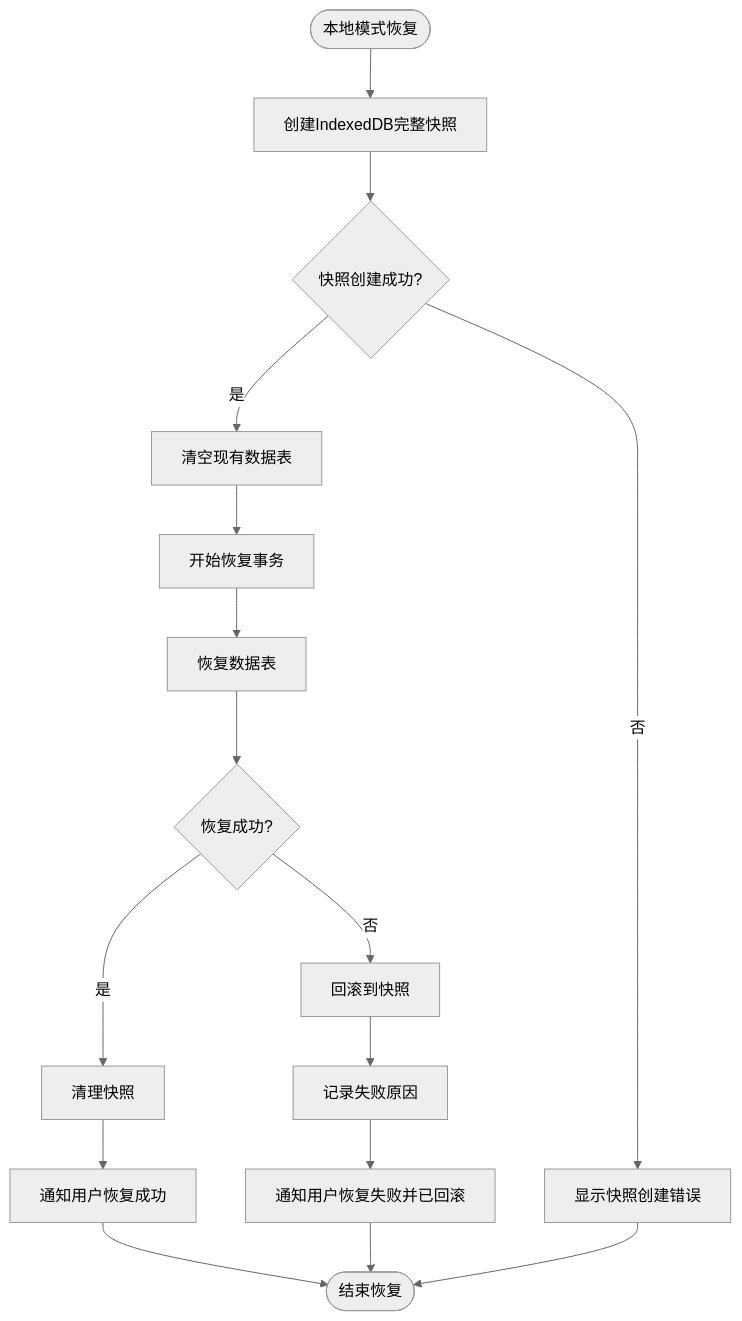
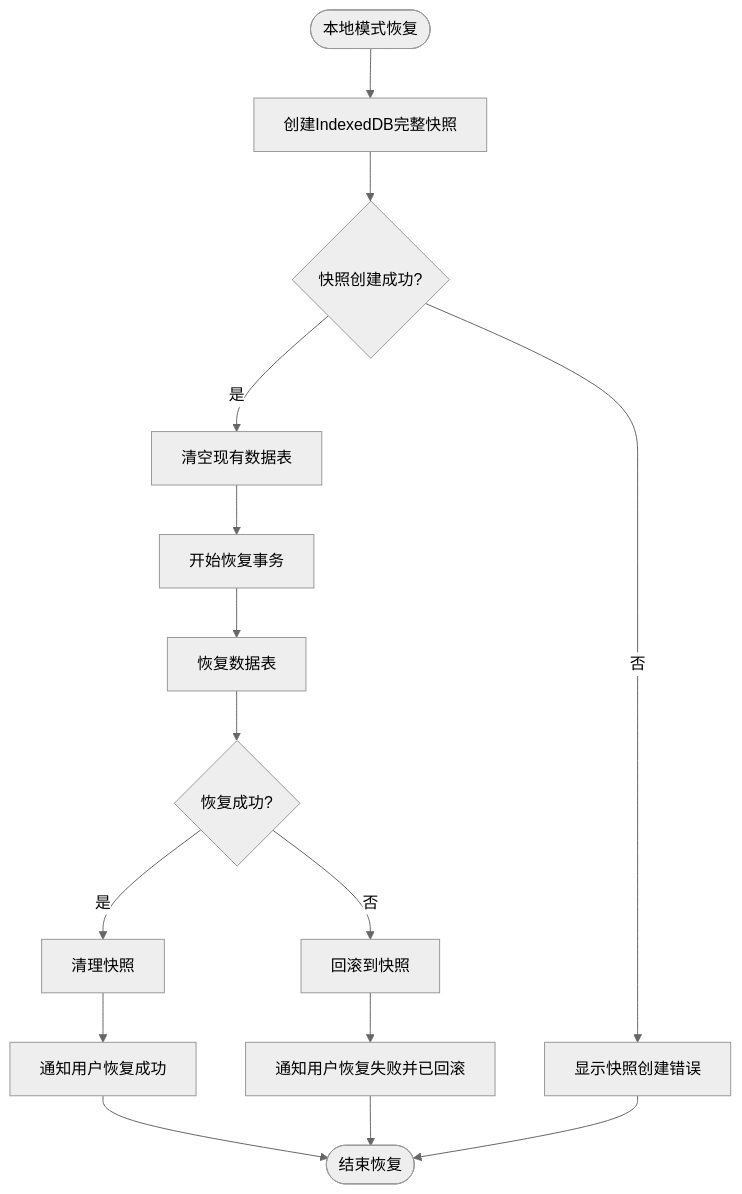
One commit to yingjianzh/iodraw-files changed the diagram in all/未命名-53.md. Above: the diagram before and after it, drawn with Mermaid (neutral theme).

Commit message:
2025-05-09 17:13:43 update

````diff
--- a/all/未命名-53.md
+++ b/all/未命名-53.md
@@ -1,25 +1,24 @@
 ```mermaid
 flowchart TD
     Start([本地模式恢复]) --> CreateSnapshot[创建IndexedDB完整快照]
     CreateSnapshot --> SnapshotCreated{快照创建成功?}
     
     SnapshotCreated -->|否| ShowSnapshotError[显示快照创建错误]
     SnapshotCreated -->|是| ClearExistingData[清空现有数据表]
     
     ClearExistingData --> BeginTransaction[开始恢复事务]
     BeginTransaction --> RestoreDataTables[恢复数据表]
     
     RestoreDataTables --> Success{恢复成功?}
     Success -->|是| CleanupSnapshot[清理快照]
     Success -->|否| RollbackChanges[回滚到快照]
     
     
-    RollbackChanges --> LogFailure[记录失败原因]
+    RollbackChanges --> NotifyFailure[通知用户恢复失败并已回滚]
     
     CleanupSnapshot --> NotifySuccess[通知用户恢复成功]
-    LogFailure --> NotifyFailure[通知用户恢复失败并已回滚]
     
     NotifySuccess --> End([结束恢复])
     NotifyFailure --> End
     ShowSnapshotError --> End
 ```
````
